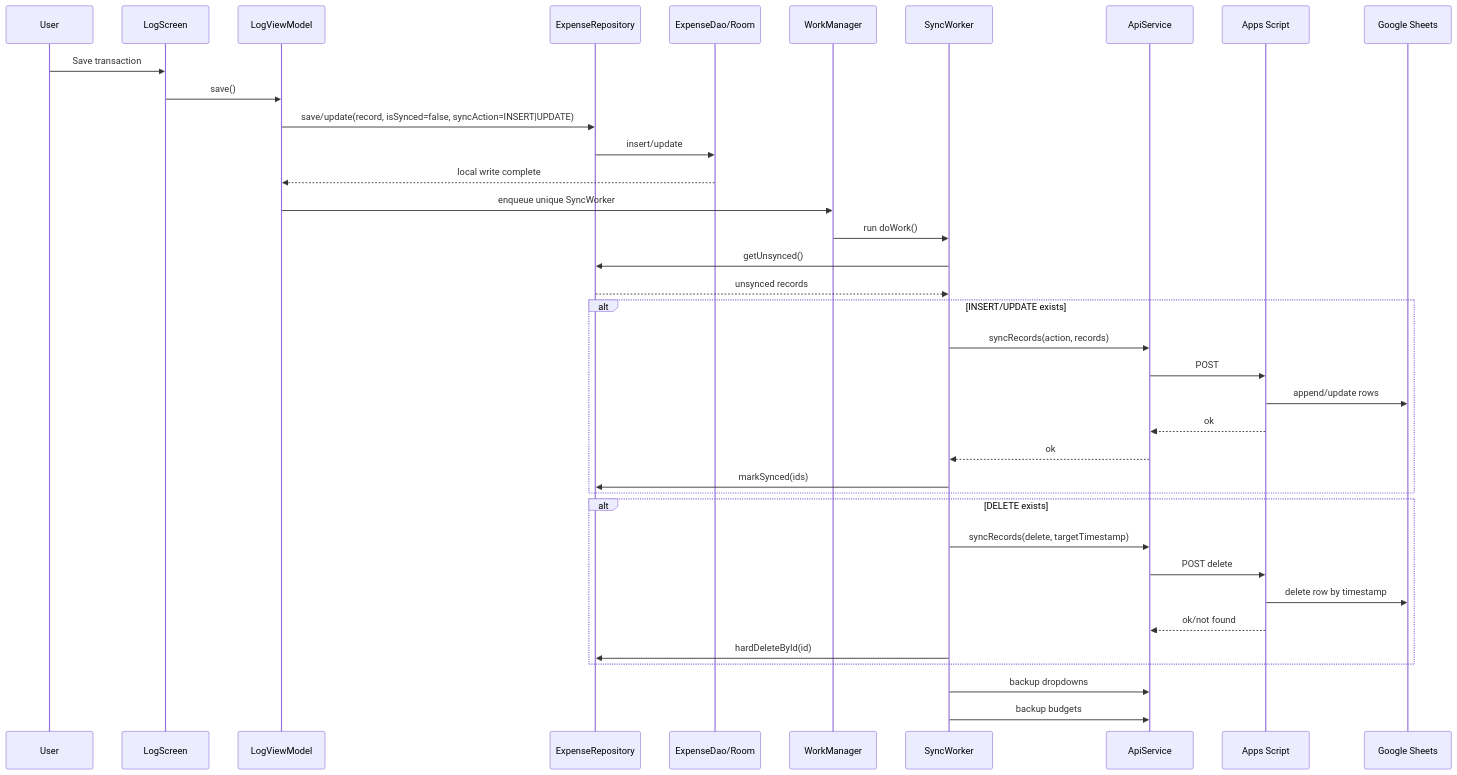
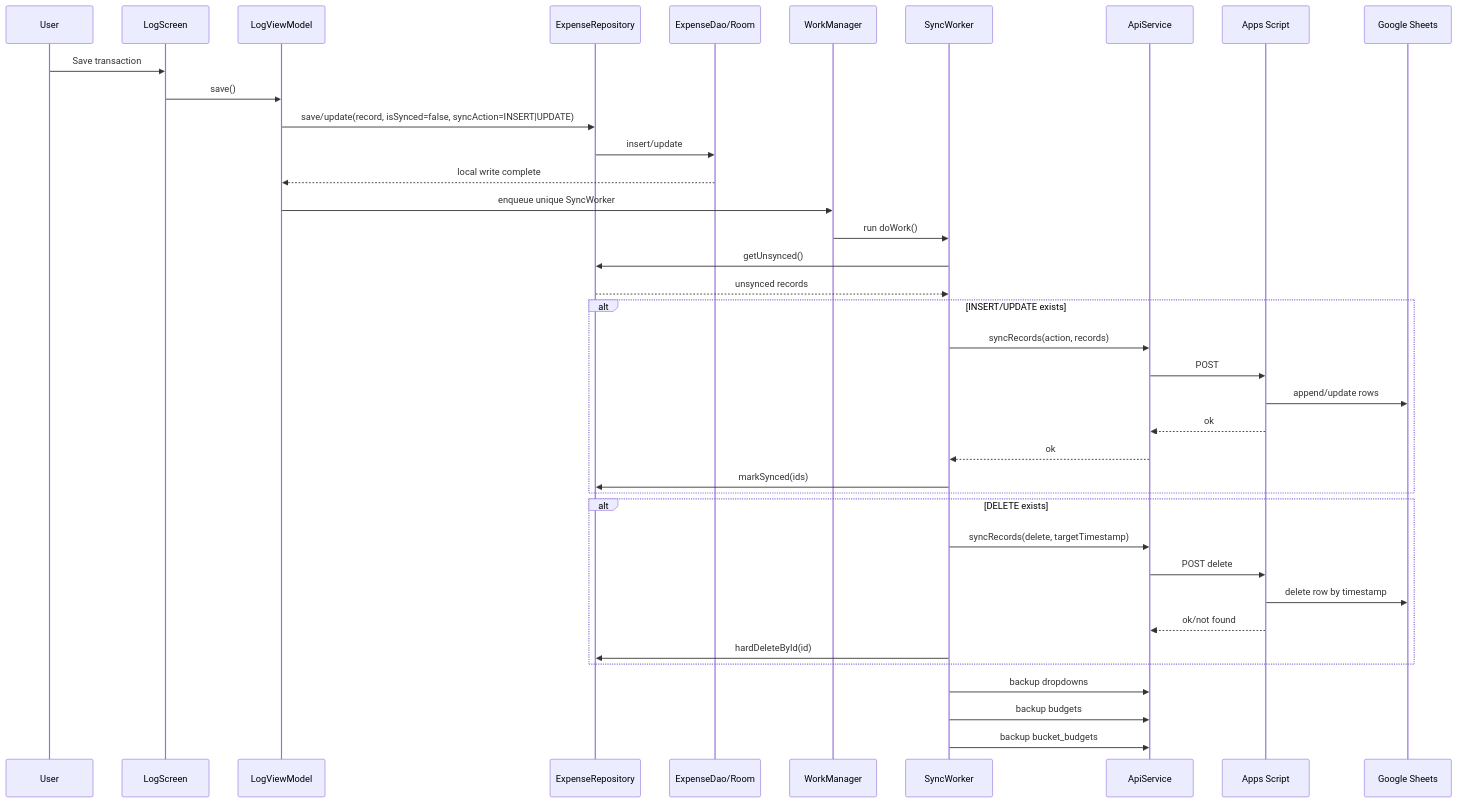
One commit to issaczerubbabela/L-Edgar changed the third of 5 diagrams in docs/ARCHITECTURE.md. Above: the diagram before and after it, drawn with Mermaid. The commit also changed other lines of this file and 25 other files, not shown here.

````diff
--- a/docs/ARCHITECTURE.md
+++ b/docs/ARCHITECTURE.md
@@ -102,44 +102,45 @@
 ```mermaid
 sequenceDiagram
     participant User
     participant LogScreen
     participant LogVM as LogViewModel
     participant Repo as ExpenseRepository
     participant Room as ExpenseDao/Room
     participant WM as WorkManager
     participant Worker as SyncWorker
     participant API as ApiService
     participant GAS as Apps Script
     participant Sheet as Google Sheets
 
     User->>LogScreen: Save transaction
     LogScreen->>LogVM: save()
     LogVM->>Repo: save/update(record, isSynced=false, syncAction=INSERT|UPDATE)
     Repo->>Room: insert/update
     Room-->>LogVM: local write complete
     LogVM->>WM: enqueue unique SyncWorker
 
     WM->>Worker: run doWork()
     Worker->>Repo: getUnsynced()
     Repo-->>Worker: unsynced records
 
     alt INSERT/UPDATE exists
         Worker->>API: syncRecords(action, records)
         API->>GAS: POST
         GAS->>Sheet: append/update rows
         GAS-->>API: ok
         API-->>Worker: ok
         Worker->>Repo: markSynced(ids)
     end
 
     alt DELETE exists
         Worker->>API: syncRecords(delete, targetTimestamp)
         API->>GAS: POST delete
         GAS->>Sheet: delete row by timestamp
         GAS-->>API: ok/not found
         Worker->>Repo: hardDeleteById(id)
     end
 
     Worker->>API: backup dropdowns
     Worker->>API: backup budgets
+    Worker->>API: backup bucket_budgets
 ```
````
